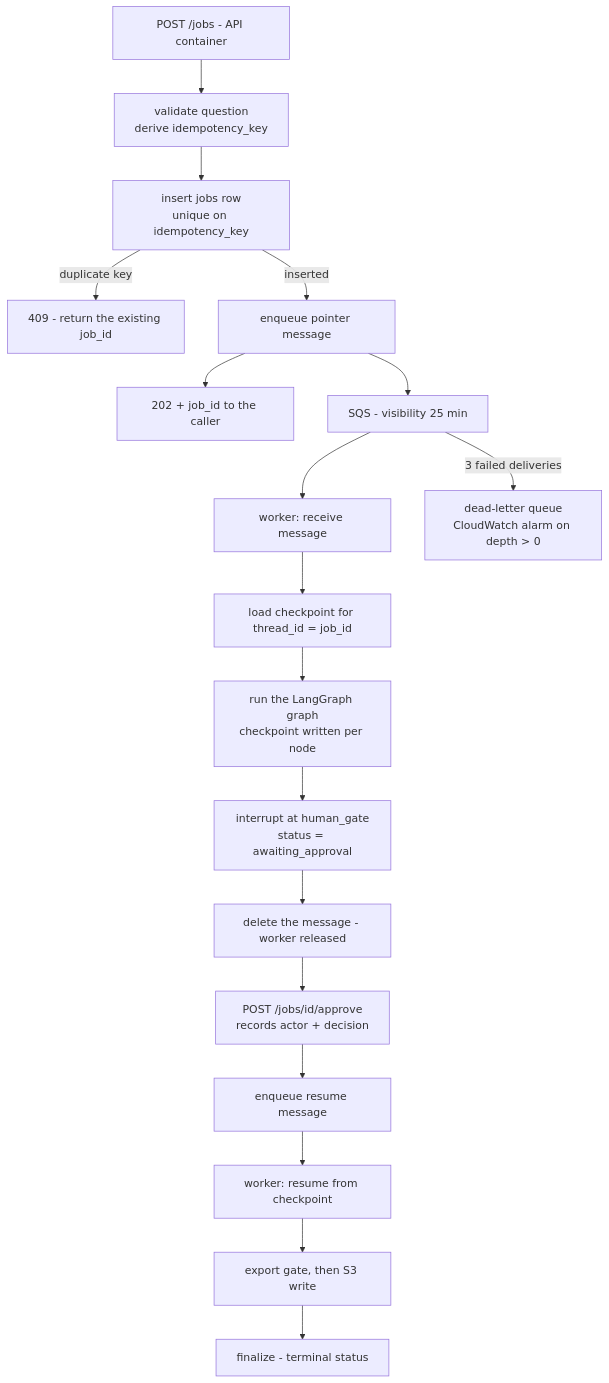
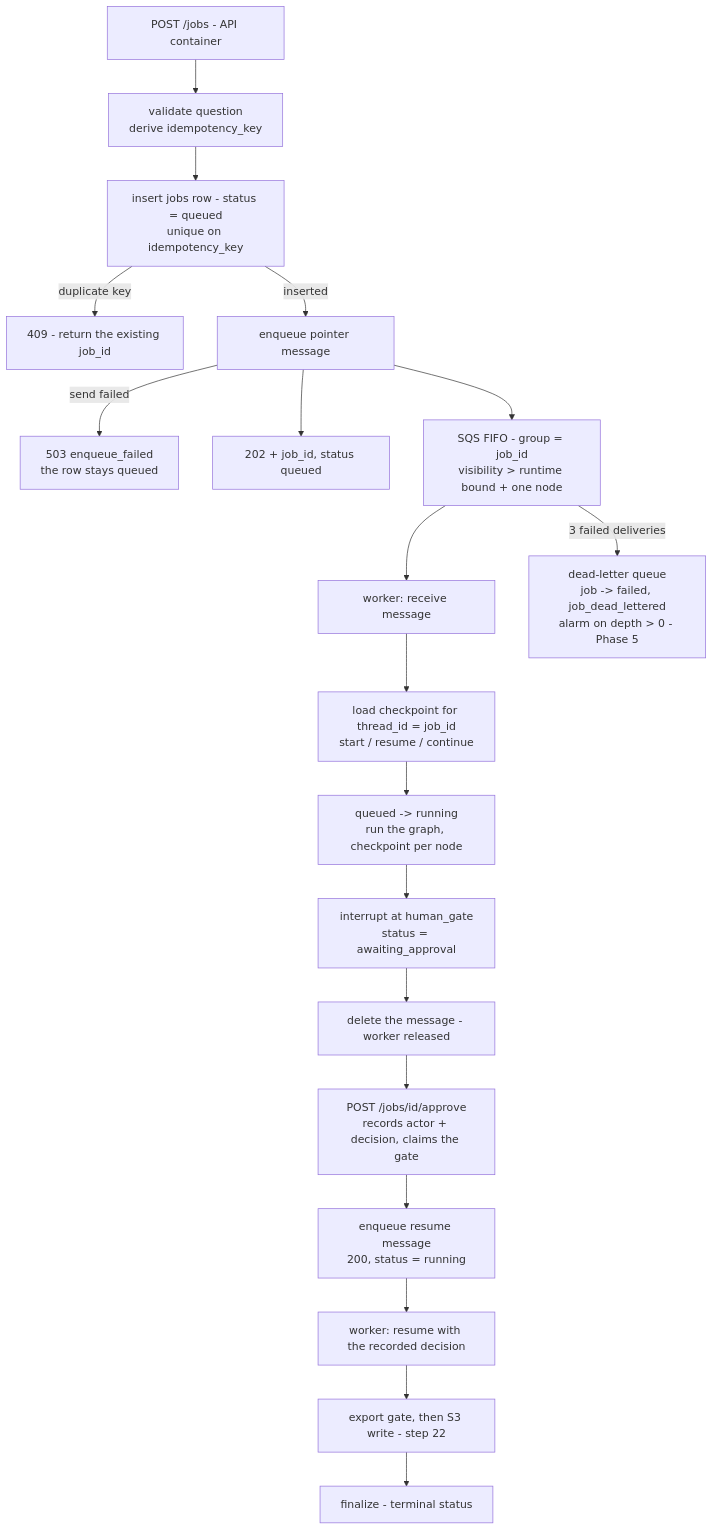
Before and after one commit to 02surajpatil02-afk/multi-agent-competitive-research-assistant: the fifth of 6 diagrams in docs/ARCHITECTURE.md, drawn with Mermaid. The commit also changed other lines of this file and 29 other files, not shown here.

````diff
--- a/docs/ARCHITECTURE.md
+++ b/docs/ARCHITECTURE.md
@@ -1651,20 +1729,21 @@
 ```mermaid
 flowchart TD
     A["POST /jobs - API container"] --> B["validate question<br/>derive idempotency_key"]
-    B --> C["insert jobs row<br/>unique on idempotency_key"]
+    B --> C["insert jobs row - status = queued<br/>unique on idempotency_key"]
     C -->|"duplicate key"| DUP["409 - return the existing job_id"]
     C -->|"inserted"| D["enqueue pointer message"]
-    D --> E["202 + job_id to the caller"]
-    D --> Q["SQS - visibility 25 min"]
+    D -->|"send failed"| FAIL503["503 enqueue_failed<br/>the row stays queued"]
+    D --> E["202 + job_id, status queued"]
+    D --> Q["SQS FIFO - group = job_id<br/>visibility > runtime bound + one node"]
     Q --> W["worker: receive message"]
-    W --> LOAD["load checkpoint for thread_id = job_id"]
-    LOAD --> RUN["run the LangGraph graph<br/>checkpoint written per node"]
+    W --> LOAD["load checkpoint for thread_id = job_id<br/>start / resume / continue"]
+    LOAD --> RUN["queued -> running<br/>run the graph, checkpoint per node"]
     RUN --> INT["interrupt at human_gate<br/>status = awaiting_approval"]
     INT --> DEL["delete the message - worker released"]
-    DEL --> APPROVE["POST /jobs/id/approve<br/>records actor + decision"]
-    APPROVE --> Q2["enqueue resume message"]
-    Q2 --> W2["worker: resume from checkpoint"]
-    W2 --> EXPORT["export gate, then S3 write"]
+    DEL --> APPROVE["POST /jobs/id/approve<br/>records actor + decision, claims the gate"]
+    APPROVE --> Q2["enqueue resume message<br/>200, status = running"]
+    Q2 --> W2["worker: resume with the recorded decision"]
+    W2 --> EXPORT["export gate, then S3 write - step 22"]
     EXPORT --> FINAL["finalize - terminal status"]
-    Q -->|"3 failed deliveries"| DLQ["dead-letter queue<br/>CloudWatch alarm on depth > 0"]
+    Q -->|"3 failed deliveries"| DLQ["dead-letter queue<br/>job -> failed, job_dead_lettered<br/>alarm on depth > 0 - Phase 5"]
 ```
````
